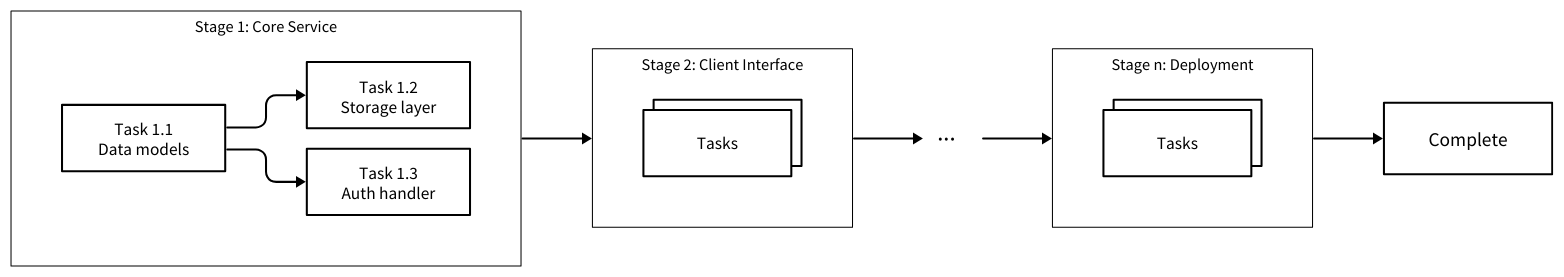
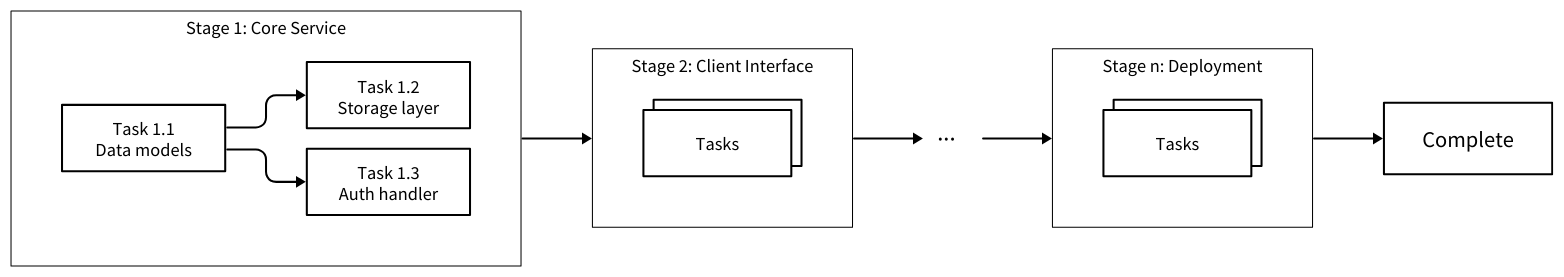
One commit to sdi2200262/bsc-apm-thesis changed the diagram in diagrams/framework-design/stage-progression.d2. Above: the diagram before and after it, drawn with D2. The commit also changed 11 other files, not shown here.

Commit message:
chore(thesis): align contribution framing and figure font sizes

```diff
--- a/diagrams/framework-design/stage-progression.d2
+++ b/diagrams/framework-design/stage-progression.d2
@@ -1,133 +1,133 @@
 direction: right
 
 vars: {
   d2-config: {
     layout-engine: elk
     theme-id: 0
     pad: 18
     center: true
   }
 }
 
 classes: {
   stage: {
     style: {
       fill: "#ffffff"
       stroke: "#000000"
       stroke-width: 1
       font-color: "#000000"
-      font-size: 16
+      font-size: 18
       bold: false
       border-radius: 0
       shadow: false
     }
   }
   task: {
     style: {
       fill: "#ffffff"
       stroke: "#000000"
       stroke-width: 2
       font-color: "#000000"
-      font-size: 17
+      font-size: 18
       bold: false
       border-radius: 0
       shadow: false
     }
   }
   terminal: {
     style: {
       fill: "#ffffff"
       stroke: "#000000"
       stroke-width: 2
       font-color: "#000000"
-      font-size: 19
+      font-size: 22
       bold: false
       border-radius: 0
       shadow: false
     }
   }
 }
 
 stage_1: {
   label: "Stage 1: Core Service"
   class: stage
 
   task_1: {
     label: "Task 1.1\nData models"
     class: task
     width: 160
     height: 65
   }
   task_2: {
     label: "Task 1.2\nStorage layer"
     class: task
     width: 160
     height: 65
   }
   task_3: {
     label: "Task 1.3\nAuth handler"
     class: task
     width: 160
     height: 65
   }
 
   task_1 -> task_2
   task_1 -> task_3
 }
 
 stage_2: {
   label: "Stage 2: Client Interface"
   class: stage
 
   tasks: {
     label: Tasks
     class: task
     width: 145
     height: 65
     style.multiple: true
   }
 }
 
 more: {
   label: ···
   shape: text
   width: 56
   style: {
     font-color: "#000000"
     font-size: 24
     bold: false
   }
 }
 
 stage_n: {
   label: "Stage n: Deployment"
   class: stage
 
   tasks: {
     label: Tasks
     class: task
     width: 145
     height: 65
     style.multiple: true
   }
 }
 
 complete: {
   label: Complete
   class: terminal
   width: 165
   height: 70
 }
 
 stage_1 -> stage_2
 stage_2 -> more
 more -> stage_n
 stage_n -> complete
 
 (** -> **)[*].style: {
   stroke: "#000000"
   stroke-width: 2
   font-color: "#000000"
   font-size: 16
   border-radius: 10
 }
```
